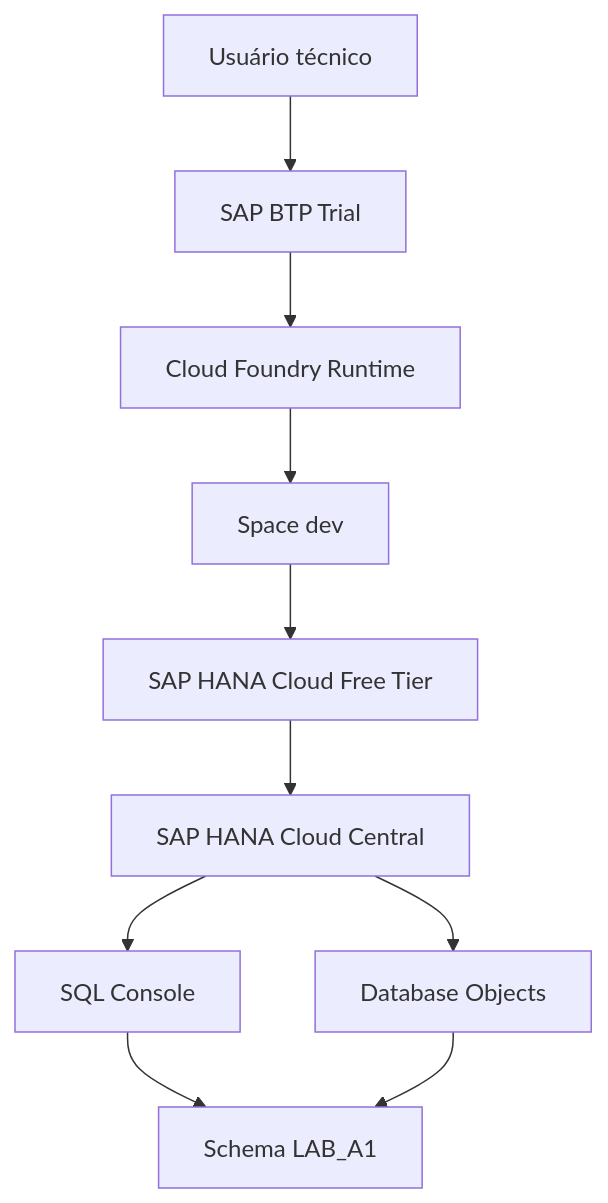
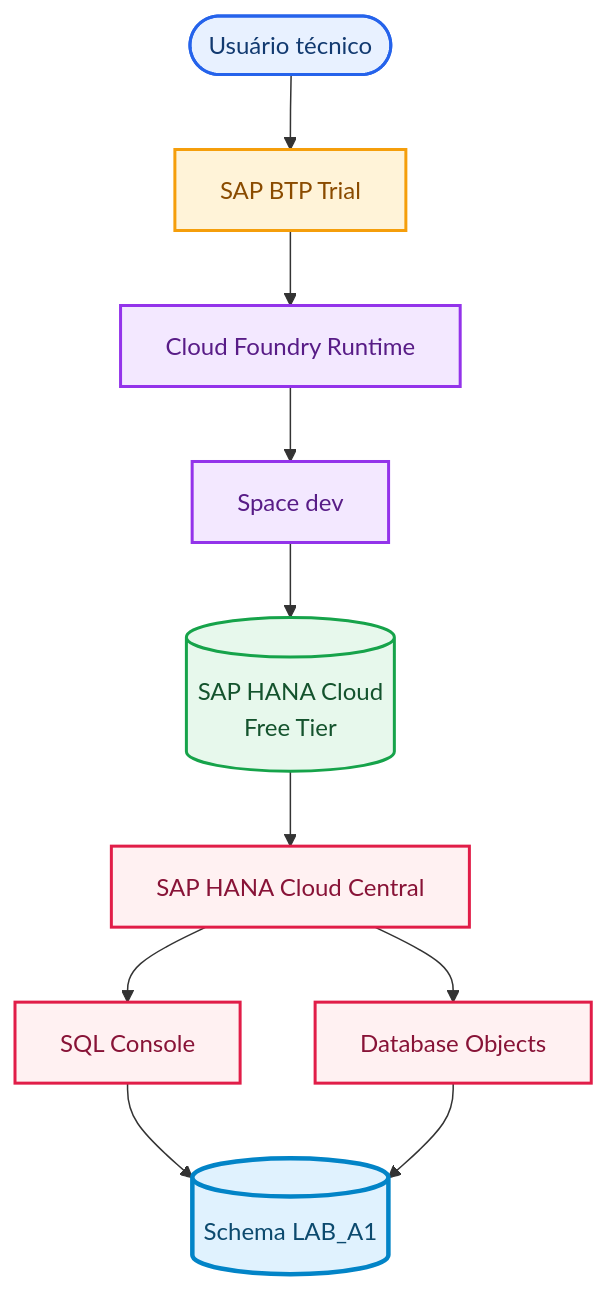
One commit to OrlandoCaetano2026/SAP_HANA_Cloud_Data_Engineering_Learning changed the first of 3 diagrams in Docs/A — Data & SAP-MES Master Data Foundation/BR/01-a1-fundacao-de-dados-relacionais.md. Above: the diagram before and after it, drawn with Mermaid. The commit also changed other lines of this file and 1 other file, not shown here.

Commit message:
Improve A1 bilingual documentation flow and evidence integration

````diff
--- a/Docs/A — Data & SAP-MES Master Data Foundation/BR/01-a1-fundacao-de-dados-relacionais.md
+++ b/Docs/A — Data & SAP-MES Master Data Foundation/BR/01-a1-fundacao-de-dados-relacionais.md
@@ -142,12 +50,14 @@
 ```mermaid
-flowchart TD
-    U["Usuário técnico"] --> BTP["SAP BTP Trial"]
-    BTP --> CF["Cloud Foundry Runtime"]
-    CF --> DEV["Space dev"]
-    DEV --> HC["SAP HANA Cloud Free Tier"]
-    HC --> HCC["SAP HANA Cloud Central"]
-    HCC --> SQL["SQL Console"]
-    HCC --> DBO["Database Objects"]
-    SQL --> LAB["Schema LAB_A1"]
-    DBO --> LAB
+flowchart TB
+    U(["Usuário técnico"]):::actor --> BTP["SAP BTP Trial"]:::platform
+    BTP --> CF["Cloud Foundry Runtime"]:::runtime --> DEV["Space dev"]:::runtime
+    DEV --> HC[("SAP HANA Cloud<br/>Free Tier")]:::database --> HCC["SAP HANA Cloud Central"]:::tool
+    HCC --> SQL["SQL Console"]:::tool --> LAB[("Schema LAB_A1")]:::schema
+    HCC --> DBO["Database Objects"]:::tool --> LAB
+    classDef actor fill:#E8F1FF,stroke:#2563EB,color:#123A70,stroke-width:2px;
+    classDef platform fill:#FFF3D8,stroke:#F59E0B,color:#8A4B00,stroke-width:2px;
+    classDef runtime fill:#F3E8FF,stroke:#9333EA,color:#581C87,stroke-width:2px;
+    classDef database fill:#E7F8EC,stroke:#16A34A,color:#14532D,stroke-width:2px;
+    classDef tool fill:#FFF1F2,stroke:#E11D48,color:#881337,stroke-width:2px;
+    classDef schema fill:#E0F2FE,stroke:#0284C7,color:#0C4A6E,stroke-width:3px;
 ```
````
